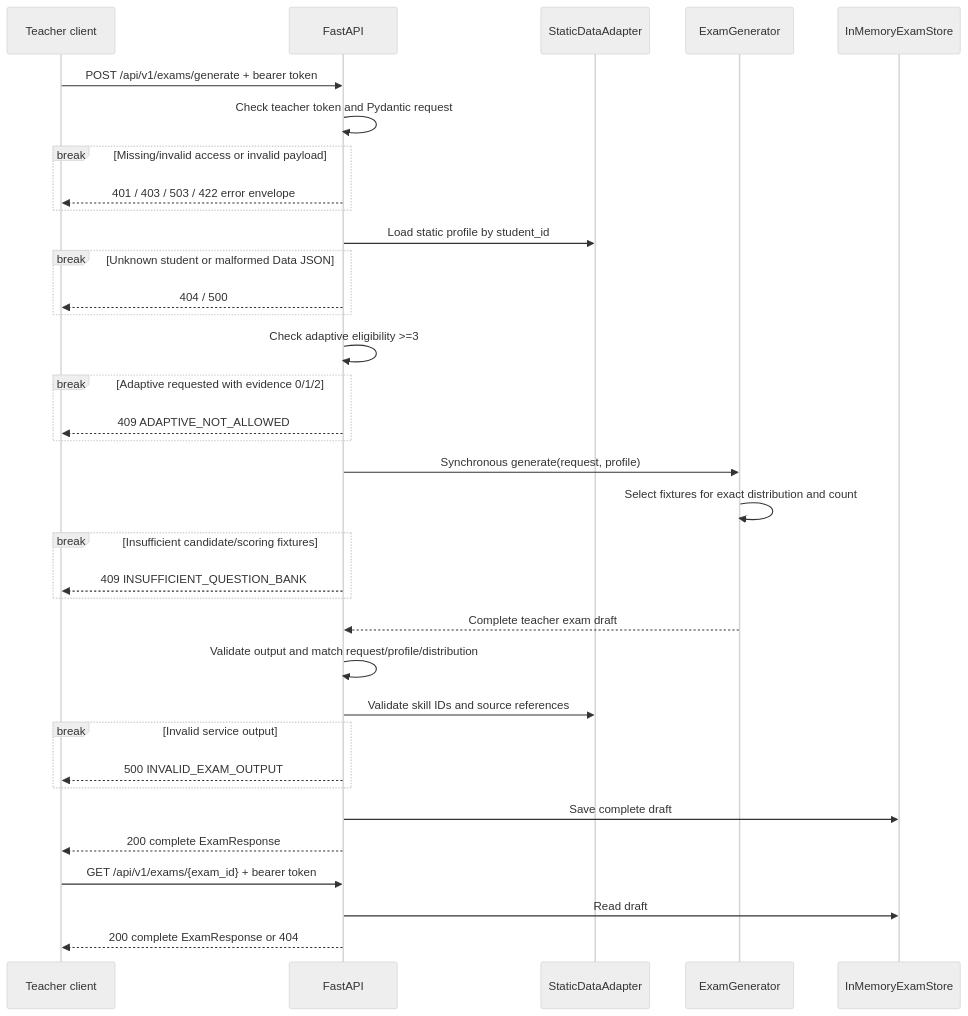
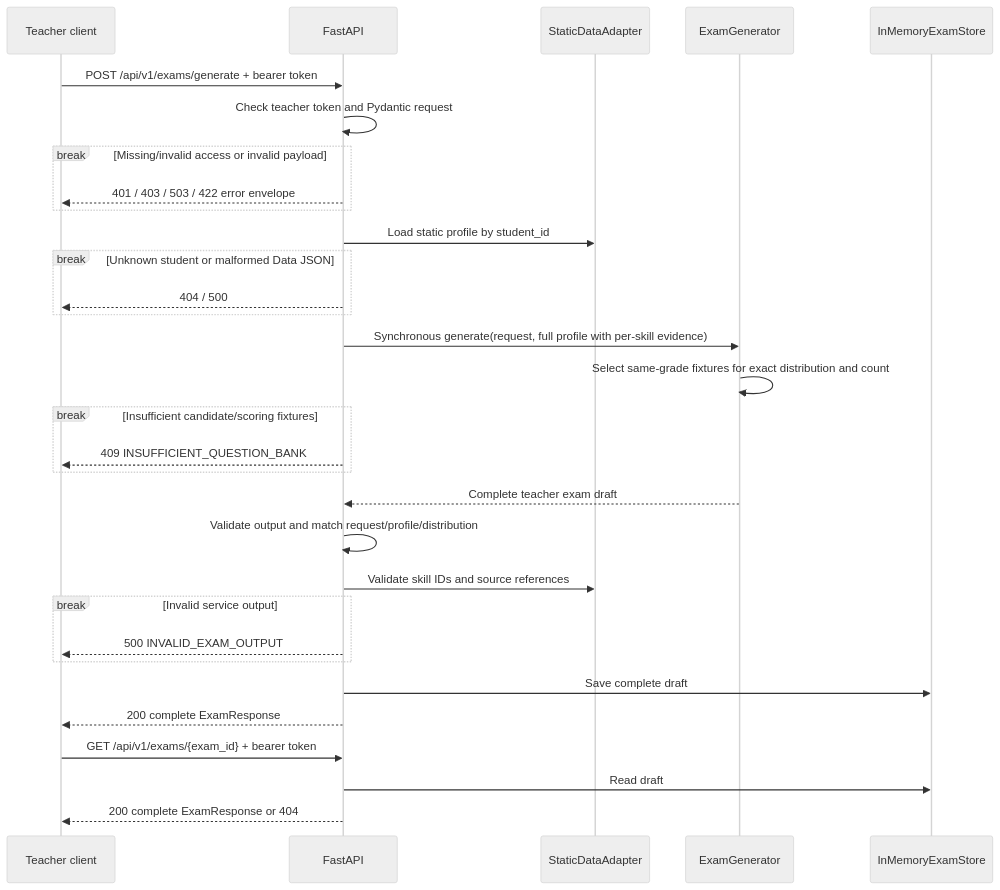
One commit to csc10014-team01/adaptive-learning changed the second of 2 diagrams in docs/notes/N04_architecture_api.md. Above: the diagram before and after it, drawn with Mermaid (neutral theme). The commit also changed other lines of this file and 9 other files, not shown here.

First line of the commit message:
docs: update architecture notes and MVP implementation guidance

````diff
--- a/docs/notes/N04_architecture_api.md
+++ b/docs/notes/N04_architecture_api.md
@@ -75,37 +193,33 @@
 ```mermaid
 sequenceDiagram
     participant UI as Teacher client
     participant API as FastAPI
     participant D as StaticDataAdapter
     participant G as ExamGenerator
     participant S as InMemoryExamStore
     UI->>API: POST /api/v1/exams/generate + bearer token
     API->>API: Check teacher token and Pydantic request
     break Missing/invalid access or invalid payload
         API-->>UI: 401 / 403 / 503 / 422 error envelope
     end
     API->>D: Load static profile by student_id
     break Unknown student or malformed Data JSON
         API-->>UI: 404 / 500
     end
-    API->>API: Check adaptive eligibility >=3
-    break Adaptive requested with evidence 0/1/2
-        API-->>UI: 409 ADAPTIVE_NOT_ALLOWED
-    end
-    API->>G: Synchronous generate(request, profile)
-    G->>G: Select fixtures for exact distribution and count
+    API->>G: Synchronous generate(request, full profile with per-skill evidence)
+    G->>G: Select same-grade fixtures for exact distribution and count
     break Insufficient candidate/scoring fixtures
         API-->>UI: 409 INSUFFICIENT_QUESTION_BANK
     end
     G-->>API: Complete teacher exam draft
     API->>API: Validate output and match request/profile/distribution
     API->>D: Validate skill IDs and source references
     break Invalid service output
         API-->>UI: 500 INVALID_EXAM_OUTPUT
     end
     API->>S: Save complete draft
     API-->>UI: 200 complete ExamResponse
     UI->>API: GET /api/v1/exams/{exam_id} + bearer token
     API->>S: Read draft
     API-->>UI: 200 complete ExamResponse or 404
 ```
````
